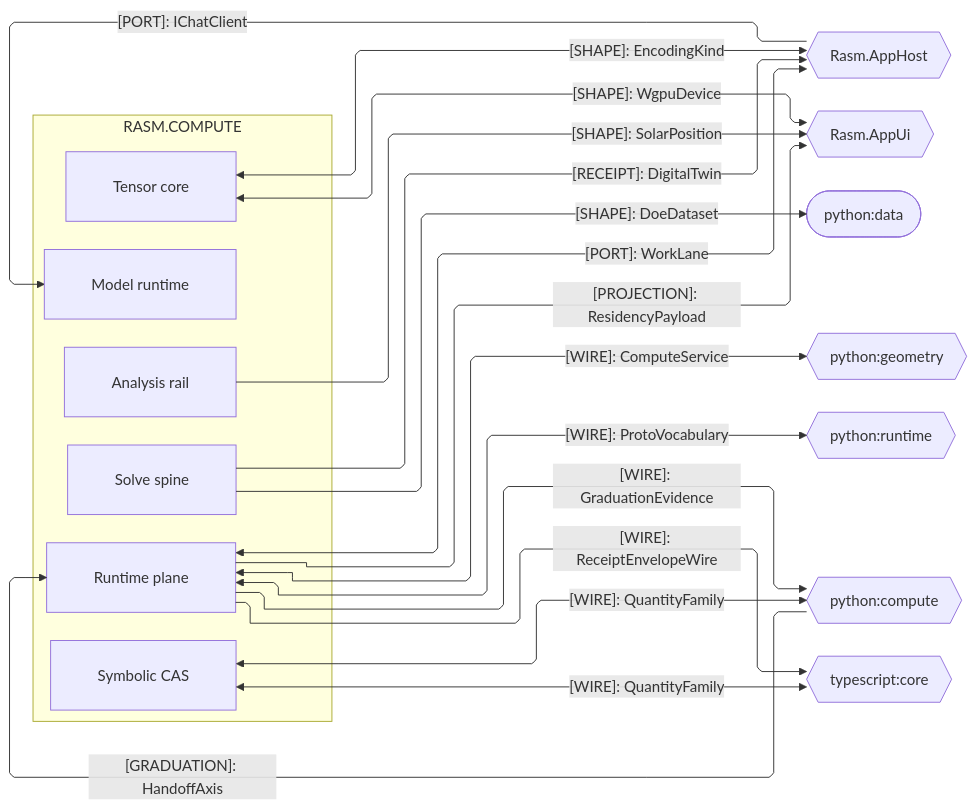
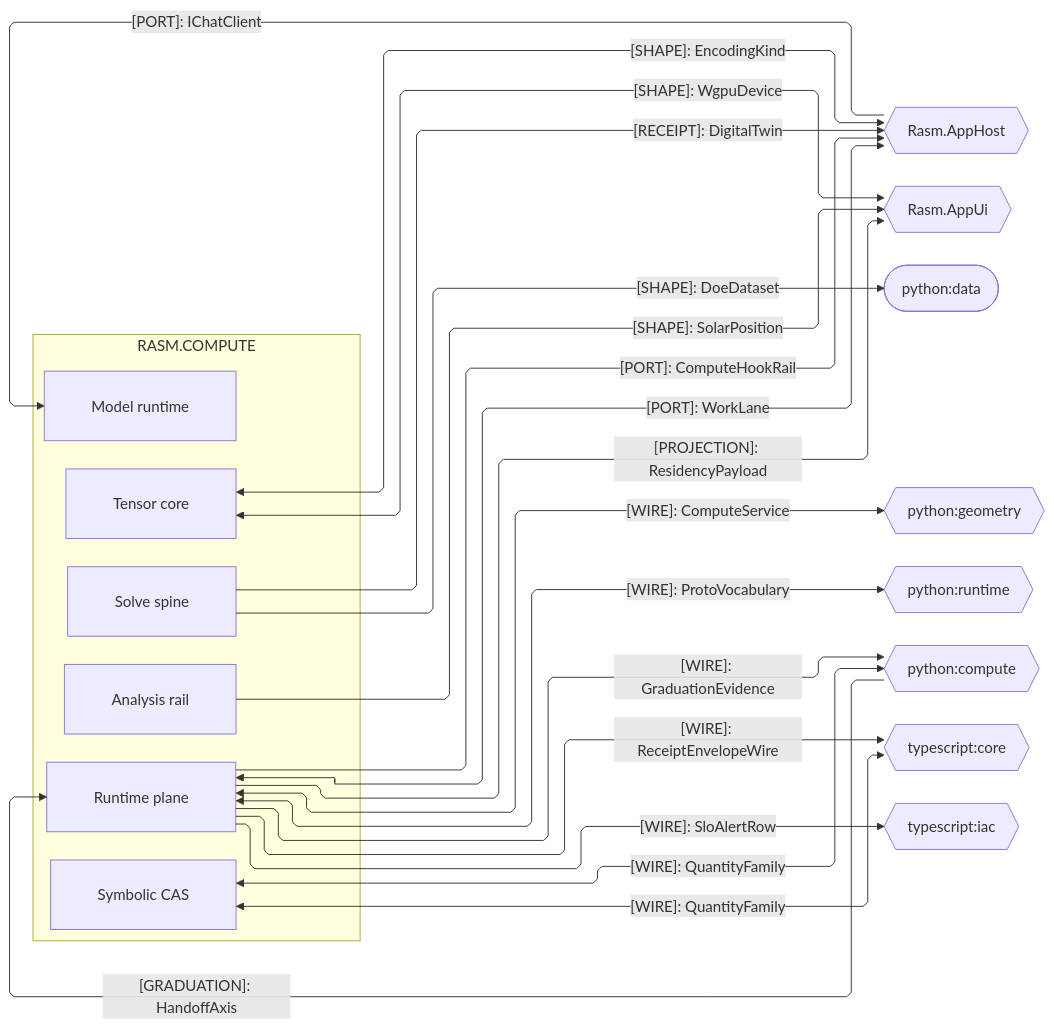
One commit to bsamiee/Rasm changed the third of 4 diagrams in libs/csharp/Rasm.Compute/ARCHITECTURE.md. Above: the diagram before and after it, drawn with Mermaid. The commit also changed other lines of this file and 195 other files, not shown here.

````diff
--- a/libs/csharp/Rasm.Compute/ARCHITECTURE.md
+++ b/libs/csharp/Rasm.Compute/ARCHITECTURE.md
@@ -180,42 +180,45 @@
 ```mermaid
 ---
 config:
   layout: elk
   flowchart:
     curve: linear
     padding: 25
 ---
 flowchart LR
     accTitle: Compute platform and cross-runtime seams
     accDescr: Compute sub-domain owners exchanging ports, receipts, projections, wires, and graduation evidence with the AppHost and AppUi platform peers and the Python and TypeScript cross-runtime peers, one edge per contract family labeled by kind and shared shape.
     subgraph compute[RASM.COMPUTE]
         Model[Model runtime]
         Tensor[Tensor core]
         Solver[Solve spine]
         Analysis[Analysis rail]
         Runtime[Runtime plane]
         Symbolic[Symbolic CAS]
     end
     AppHost{{Rasm.AppHost}}
     AppUi{{Rasm.AppUi}}
     Data([python:data])
     Geometry{{python:geometry}}
     PyRuntime{{python:runtime}}
     Compute{{python:compute}}
     Core{{typescript:core}}
     Runtime e1@<-->|"[PORT]: WorkLane"| AppHost
     AppHost e2@-->|"[PORT]: IChatClient"| Model
     Solver e3@-->|"[RECEIPT]: DigitalTwin"| AppHost
     Tensor e4@<-->|"[SHAPE]: EncodingKind"| AppHost
     Runtime e5@-->|"[PROJECTION]: ResidencyPayload"| AppUi
     Tensor e6@<-->|"[SHAPE]: WgpuDevice"| AppUi
     Analysis e7@-->|"[SHAPE]: SolarPosition"| AppUi
     Runtime e8@<-->|"[WIRE]: ComputeService"| Geometry
     Runtime e9@<-->|"[WIRE]: ProtoVocabulary"| PyRuntime
     Compute e10@-->|"[GRADUATION]: HandoffAxis"| Runtime
     Runtime e11@-->|"[WIRE]: GraduationEvidence"| Compute
     Symbolic e12@<-->|"[WIRE]: QuantityFamily"| Compute
     Solver e13@-->|"[SHAPE]: DoeDataset"| Data
+    Iac{{typescript:iac}}
     Runtime e14@-->|"[WIRE]: ReceiptEnvelopeWire"| Core
-    Symbolic e15@<-->|"[WIRE]: QuantityFamily"| Core
+    Runtime e15@-->|"[PORT]: ComputeHookRail"| AppHost
+    Symbolic e16@<-->|"[WIRE]: QuantityFamily"| Core
+    Runtime e17@-->|"[WIRE]: SloAlertRow"| Iac
 ```
````
